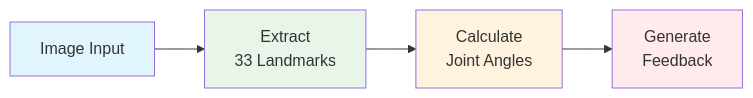
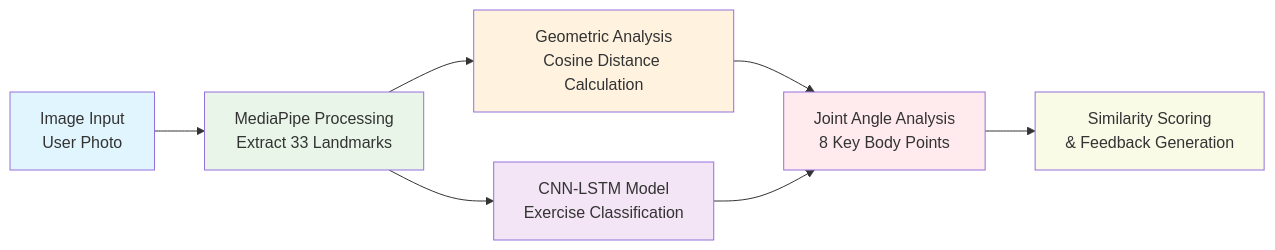
The fourth of 6 diagrams in PP-italy.md (mgkram4/doc), drawn with Mermaid before and after one commit. The commit also changed other lines of this file, not shown here.

````diff
--- a/PP-italy.md
+++ b/PP-italy.md
@@ -64,11 +81,16 @@
 ```mermaid
 flowchart LR
-    A[Image Input] --> B[Extract<br/>33 Landmarks]
-    B --> C[Calculate<br/>Joint Angles]
-    C --> D[Generate<br/>Feedback]
+    A[Image Input<br/>User Photo] --> B[MediaPipe Processing<br/>Extract 33 Landmarks]
+    B --> C[Geometric Analysis<br/>Cosine Distance Calculation]
+    B --> D[CNN-LSTM Model<br/>Exercise Classification]
+    C --> E[Joint Angle Analysis<br/>8 Key Body Points]
+    D --> E
+    E --> F[Similarity Scoring<br/>& Feedback Generation]
     
     style A fill:#e1f5fe
     style B fill:#e8f5e8
     style C fill:#fff3e0
-    style D fill:#ffebee
+    style D fill:#f3e5f5
+    style E fill:#ffebee
+    style F fill:#f9fbe7
 ```
````
